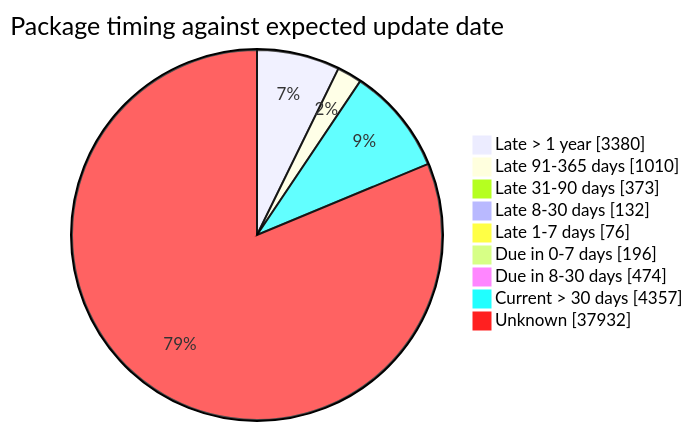
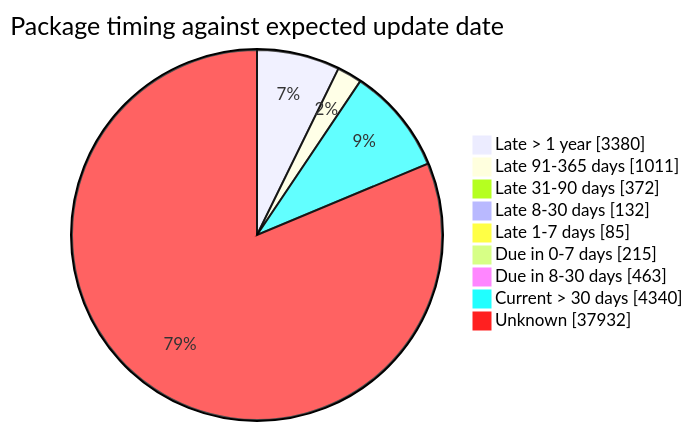
Before and after one commit to open-data/analytics-corporate-reporting: the fourth of 5 diagrams in FreshCheck/README.md, drawn with Mermaid. The commit also changed other lines of this file and 3 other files, not shown here.

````diff
--- a/FreshCheck/README.md
+++ b/FreshCheck/README.md
@@ -86,12 +86,12 @@
 ```mermaid
 pie showData title Package timing against expected update date
     "Late > 1 year": 3380
-    "Late 91-365 days": 1010
-    "Late 31-90 days": 373
+    "Late 91-365 days": 1011
+    "Late 31-90 days": 372
     "Late 8-30 days": 132
-    "Late 1-7 days": 76
-    "Due in 0-7 days": 196
-    "Due in 8-30 days": 474
-    "Current > 30 days": 4357
+    "Late 1-7 days": 85
+    "Due in 0-7 days": 215
+    "Due in 8-30 days": 463
+    "Current > 30 days": 4340
     "Unknown": 37932
 ```
````
